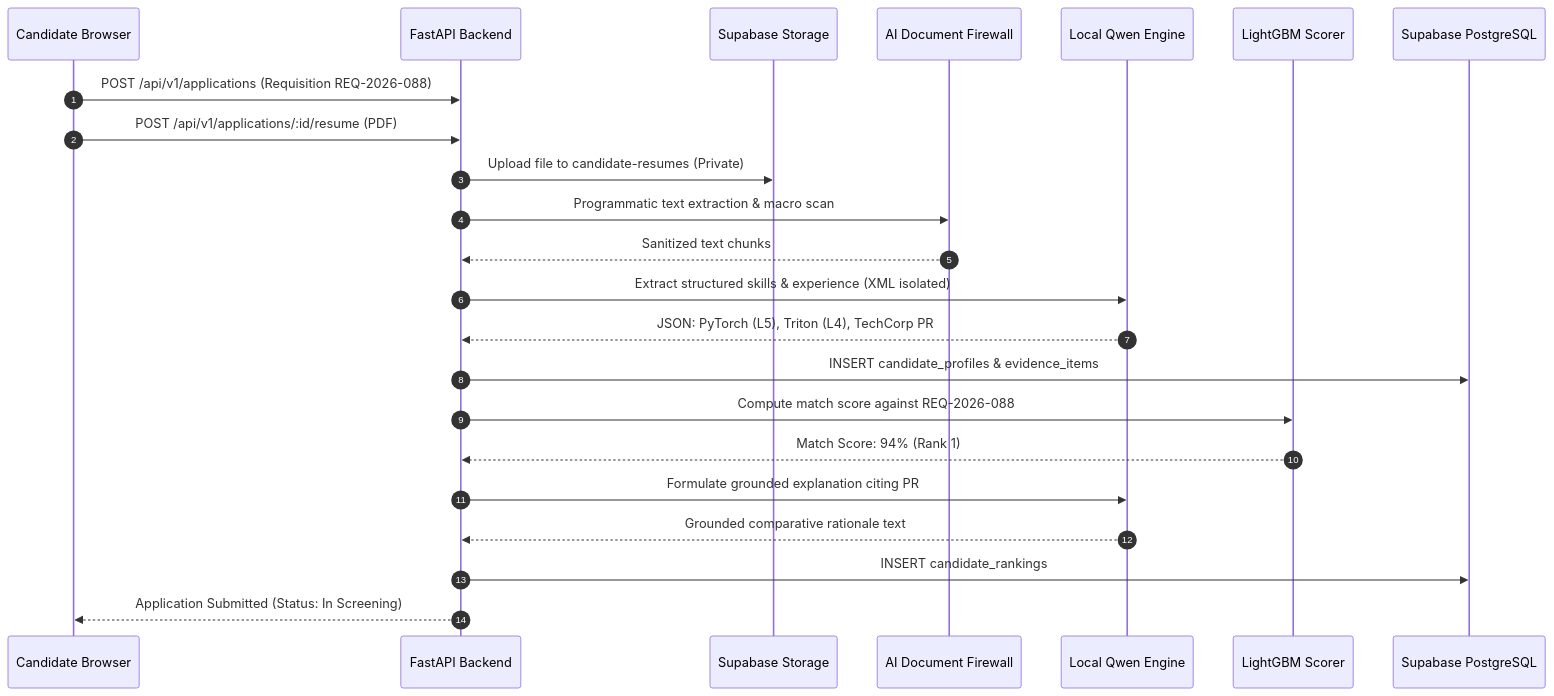
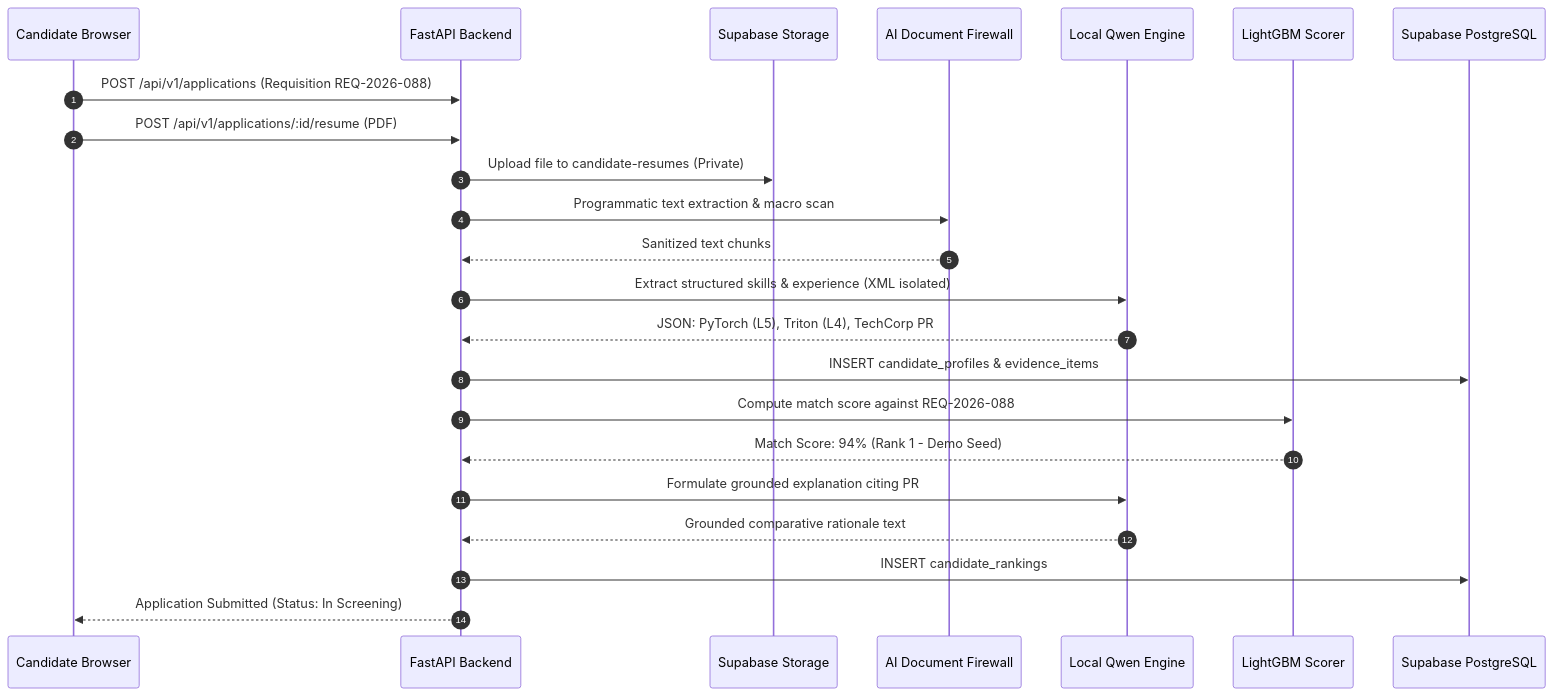
Before and after one commit to sharancode3/WorkSense: diagram 11 of 18 in docs/06-System-Architecture.md, drawn with Mermaid. The commit also changed other lines of this file and 10 other files, not shown here.

````diff
--- a/docs/06-System-Architecture.md
+++ b/docs/06-System-Architecture.md
@@ -661,26 +661,26 @@
 ```mermaid
 sequenceDiagram
     autonumber
     participant C as Candidate Browser
     participant API as FastAPI Backend
     participant ST as Supabase Storage
     participant FW as AI Document Firewall
     participant Q as Local Qwen Engine
     participant ML as LightGBM Scorer
     participant DB as Supabase PostgreSQL
 
     C->>API: POST /api/v1/applications (Requisition REQ-2026-088)
     C->>API: POST /api/v1/applications/:id/resume (PDF)
     API->>ST: Upload file to candidate-resumes (Private)
     API->>FW: Programmatic text extraction & macro scan
     FW-->>API: Sanitized text chunks
     API->>Q: Extract structured skills & experience (XML isolated)
     Q-->>API: JSON: PyTorch (L5), Triton (L4), TechCorp PR #402
     API->>DB: INSERT candidate_profiles & evidence_items
     API->>ML: Compute match score against REQ-2026-088
-    ML-->>API: Match Score: 94% (Rank 1)
+    ML-->>API: Match Score: 94% (Rank 1 - Demo Seed)
     API->>Q: Formulate grounded explanation citing PR #402
     Q-->>API: Grounded comparative rationale text
     API->>DB: INSERT candidate_rankings
     API-->>C: Application Submitted (Status: In Screening)
 ```
````
